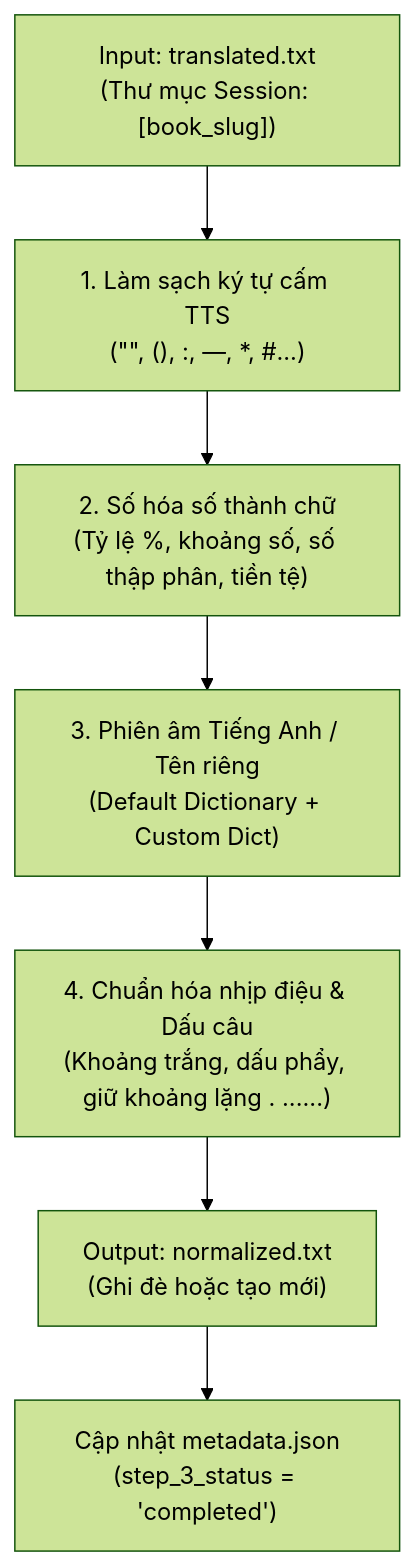
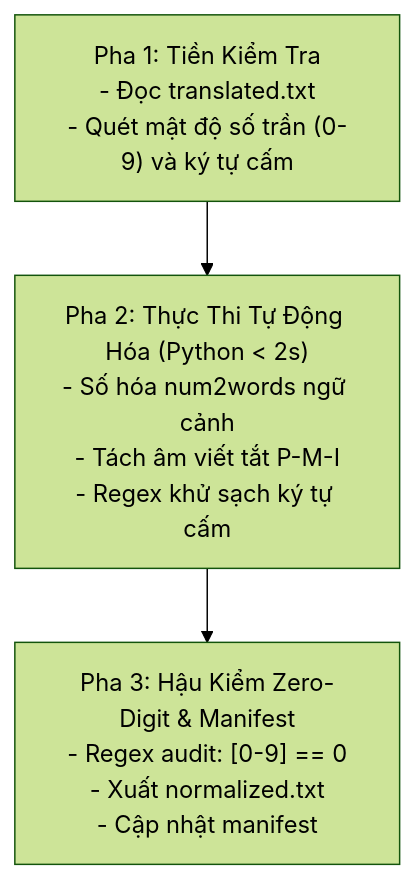
Before and after one commit to tibe2109/audio-book-refactor: the diagram in .agy/skills/arf_03_text_phonetics_normalizer/SKILL.md, drawn with Mermaid (forest theme). The commit also changed other lines of this file and 2833 other files, not shown here.

````diff
--- a/.agy/skills/arf_03_text_phonetics_normalizer/SKILL.md
+++ b/.agy/skills/arf_03_text_phonetics_normalizer/SKILL.md
@@ -21,9 +54,5 @@
 ```mermaid
 flowchart TD
-    A["Input: translated.txt\n(Thư mục Session: [book_slug])"] --> B["1. Làm sạch ký tự cấm TTS\n(&quot;&quot;, (), :, —, *, #...)"]
-    B --> C["2. Số hóa số thành chữ\n(Tỷ lệ %, khoảng số, số thập phân, tiền tệ)"]
-    C --> D["3. Phiên âm Tiếng Anh / Tên riêng\n(Default Dictionary + Custom Dict)"]
-    D --> E["4. Chuẩn hóa nhịp điệu & Dấu câu\n(Khoảng trắng, dấu phẩy, giữ khoảng lặng . ......)"]
-    E --> F["Output: normalized.txt\n(Ghi đè hoặc tạo mới)"]
-    F --> G["Cập nhật metadata.json\n(step_3_status = 'completed')"]
+    P1["Pha 1: Tiền Kiểm Tra\n- Đọc translated.txt\n- Quét mật độ số trần (0-9) và ký tự cấm"] --> P2["Pha 2: Thực Thi Tự Động Hóa (Python < 2s)\n- Số hóa num2words ngữ cảnh\n- Tách âm viết tắt P-M-I\n- Regex khử sạch ký tự cấm"]
+    P2 --> P3["Pha 3: Hậu Kiểm Zero-Digit & Manifest\n- Regex audit: [0-9] == 0\n- Xuất normalized.txt\n- Cập nhật manifest"]
 ```
````
